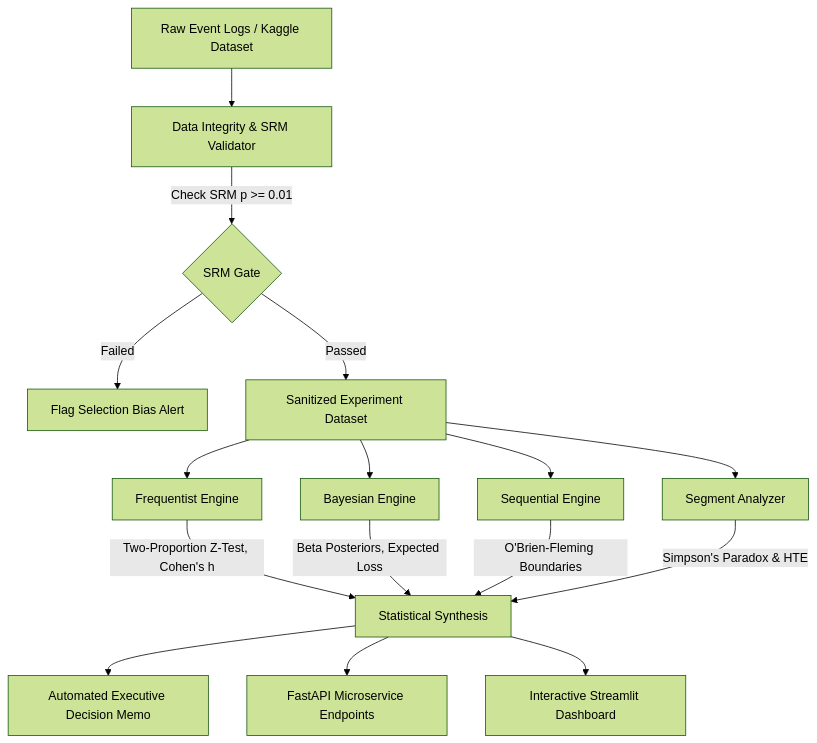
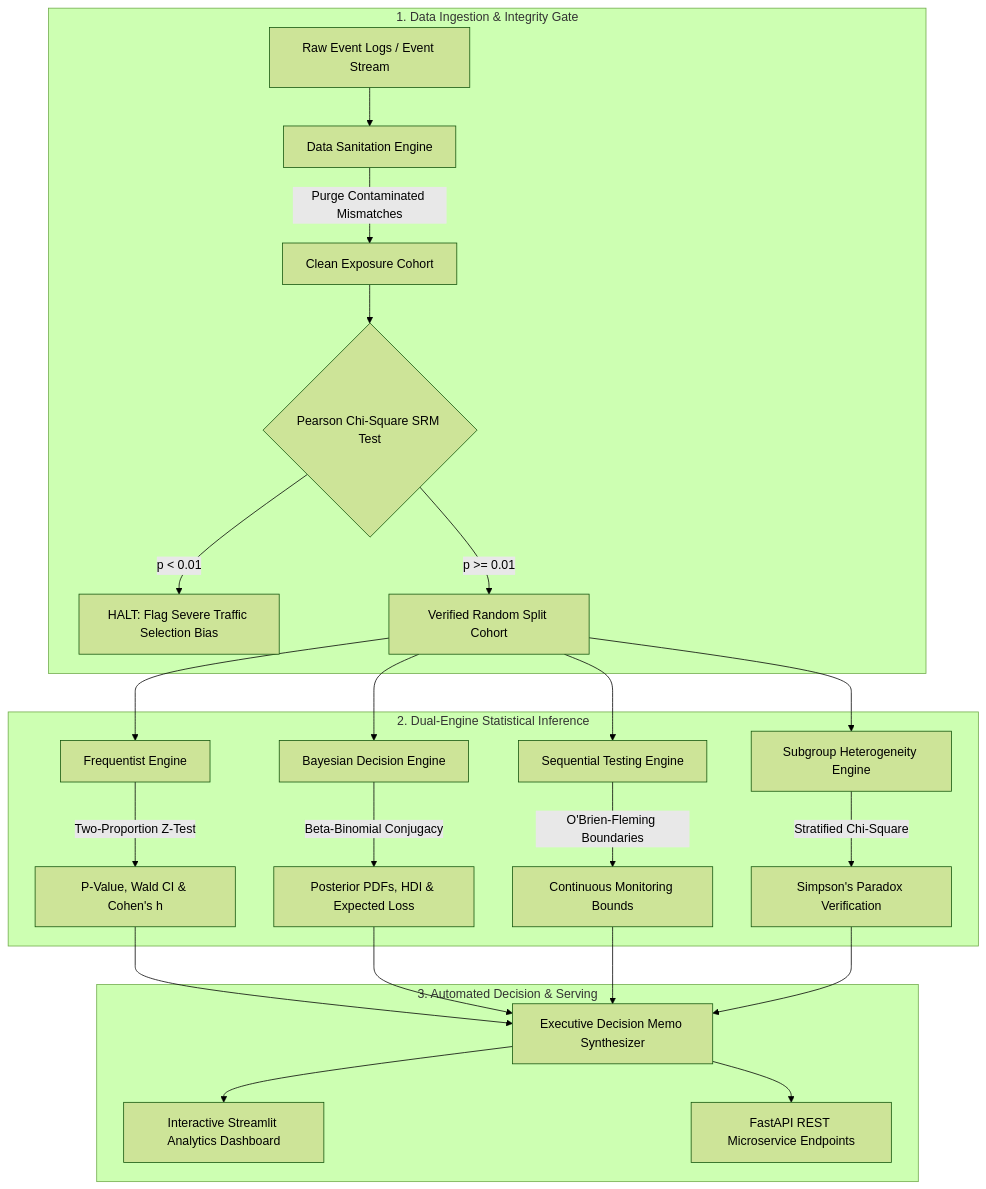
Before and after one commit to AvijeetTiwari3/ab-testing-experimentation-engine: the diagram in README.md, drawn with Mermaid (forest theme). The commit also changed other lines of this file, not shown here.

Commit message:
docs: upgrade README to Google Data Scientist enterprise standard

````diff
--- a/README.md
+++ b/README.md
@@ -32,21 +43,28 @@
 ```mermaid
 flowchart TD
-    A[Raw Event Logs / Kaggle Dataset] --> B[Data Integrity & SRM Validator]
-    B -->|Check SRM p >= 0.01| C{SRM Gate}
-    C -->|Failed| D[Flag Selection Bias Alert]
-    C -->|Passed| E[Sanitized Experiment Dataset]
-    
-    E --> F[Frequentist Engine]
-    E --> G[Bayesian Engine]
-    E --> H[Sequential Engine]
-    E --> I[Segment Analyzer]
-    
-    F -->|Two-Proportion Z-Test, Cohen's h| J[Statistical Synthesis]
-    G -->|Beta Posteriors, Expected Loss| J
-    H -->|O'Brien-Fleming Boundaries| J
-    I -->|Simpson's Paradox & HTE| J
-    
-    J --> K[Automated Executive Decision Memo]
-    J --> L[FastAPI Microservice Endpoints]
-    J --> M[Interactive Streamlit Dashboard]
+    subgraph Ingestion ["1. Data Ingestion & Integrity Gate"]
+        A[Raw Event Logs / Event Stream] --> B[Data Sanitation Engine]
+        B -->|Purge Contaminated Mismatches| C[Clean Exposure Cohort]
+        C --> D{Pearson Chi-Square SRM Test}
+        D -->|p < 0.01| E[HALT: Flag Severe Traffic Selection Bias]
+        D -->|p >= 0.01| F[Verified Random Split Cohort]
+    end
+
+    subgraph DualEngine ["2. Dual-Engine Statistical Inference"]
+        F --> G[Frequentist Engine]
+        F --> H[Bayesian Decision Engine]
+        F --> I[Sequential Testing Engine]
+        F --> J[Subgroup Heterogeneity Engine]
+
+        G -->|Two-Proportion Z-Test| K[P-Value, Wald CI & Cohen's h]
+        H -->|Beta-Binomial Conjugacy| L[Posterior PDFs, HDI & Expected Loss]
+        I -->|O'Brien-Fleming Boundaries| M[Continuous Monitoring Bounds]
+        J -->|Stratified Chi-Square| N[Simpson's Paradox Verification]
+    end
+
+    subgraph Synthesis ["3. Automated Decision & Serving"]
+        K & L & M & N --> O[Executive Decision Memo Synthesizer]
+        O --> P[Interactive Streamlit Analytics Dashboard]
+        O --> Q[FastAPI REST Microservice Endpoints]
+    end
 ```
````
